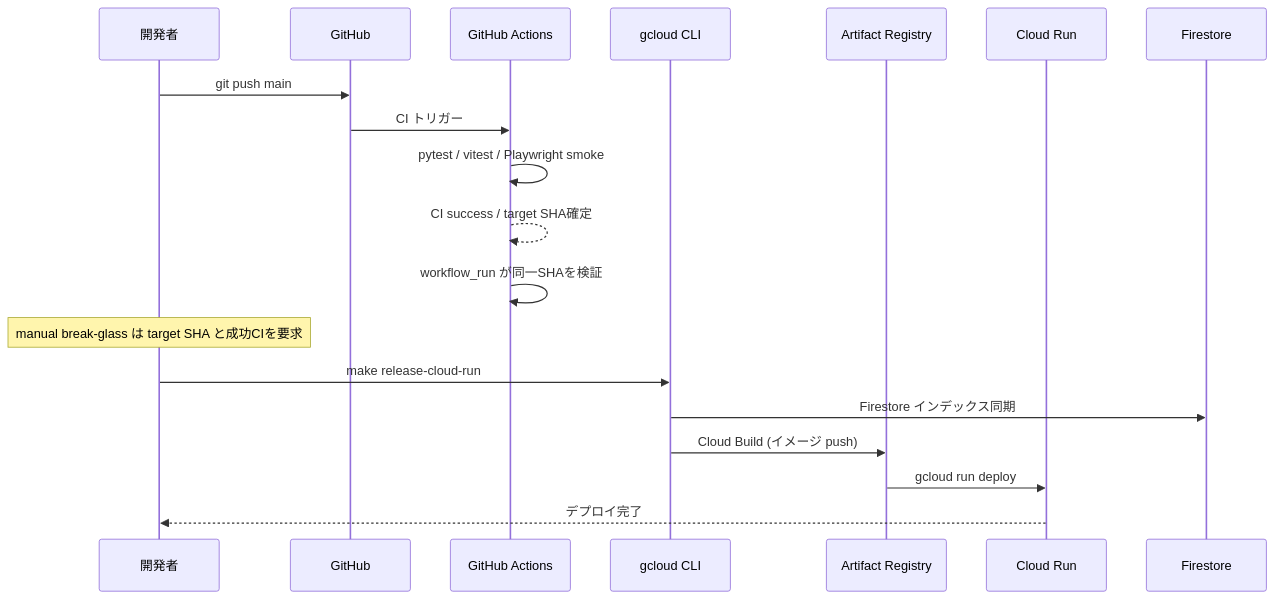
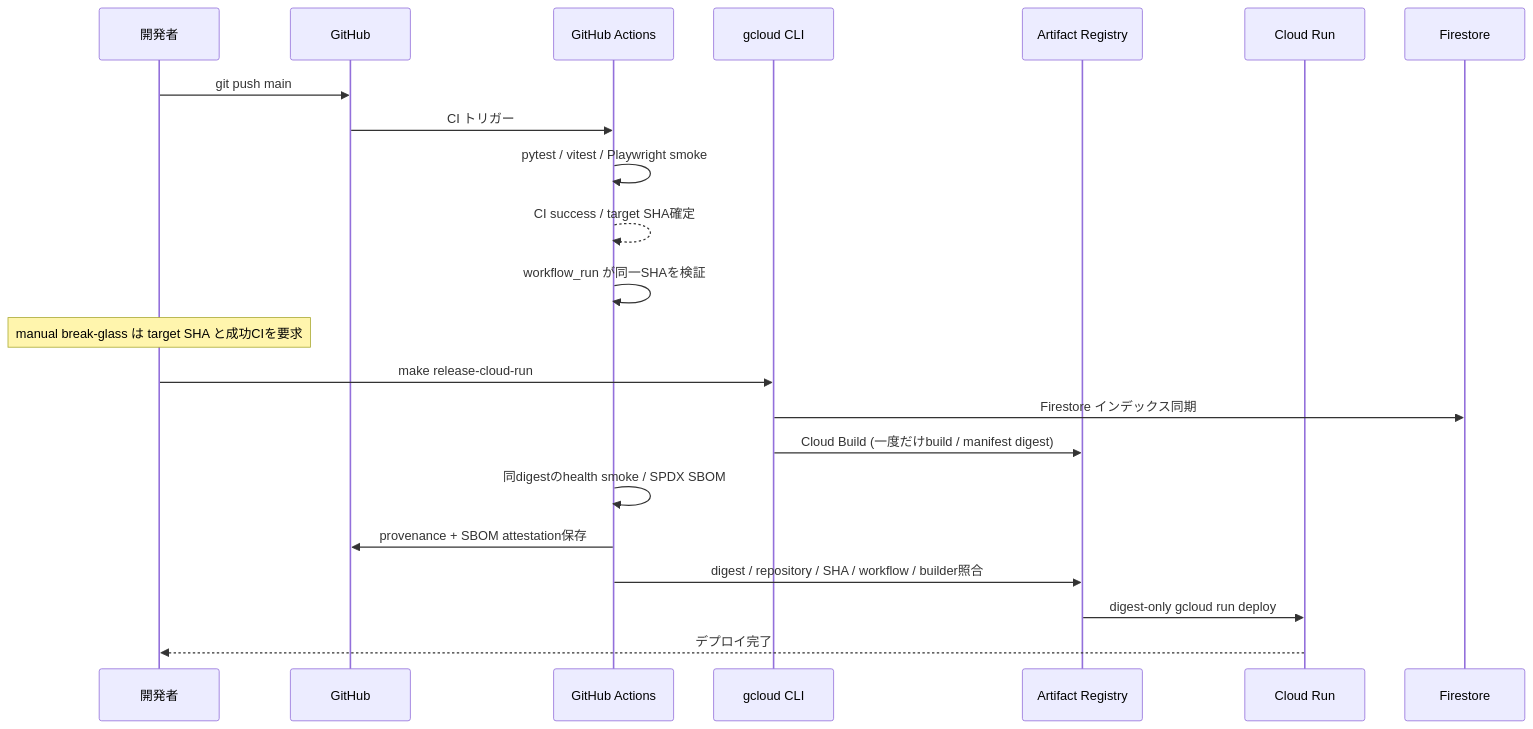
One commit to stillshore-chirp/wordpack-for-english changed the fourth of 6 diagrams in docs/infrastructure.md. Above: the diagram before and after it, drawn with Mermaid. The commit also changed other lines of this file and 15 other files, not shown here.

````diff
--- a/docs/infrastructure.md
+++ b/docs/infrastructure.md
@@ -202,23 +218,26 @@
 ```mermaid
 sequenceDiagram
     participant Dev as 開発者
     participant GitHub as GitHub
     participant Actions as GitHub Actions
     participant GCloud as gcloud CLI
     participant AR as Artifact Registry
     participant CR as Cloud Run
     participant FS as Firestore
 
     Dev->>GitHub: git push main
     GitHub->>Actions: CI トリガー
     Actions->>Actions: pytest / vitest / Playwright smoke
     Actions-->>Actions: CI success / target SHA確定
     Actions->>Actions: workflow_run が同一SHAを検証
 
     Note over Dev: manual break-glass は target SHA と成功CIを要求
     Dev->>GCloud: make release-cloud-run
     GCloud->>FS: Firestore インデックス同期
-    GCloud->>AR: Cloud Build (イメージ push)
-    AR->>CR: gcloud run deploy
+    GCloud->>AR: Cloud Build (一度だけbuild / manifest digest)
+    Actions->>Actions: 同digestのhealth smoke / SPDX SBOM
+    Actions->>GitHub: provenance + SBOM attestation保存
+    Actions->>AR: digest / repository / SHA / workflow / builder照合
+    AR->>CR: digest-only gcloud run deploy
     CR-->>Dev: デプロイ完了
 ```
````
